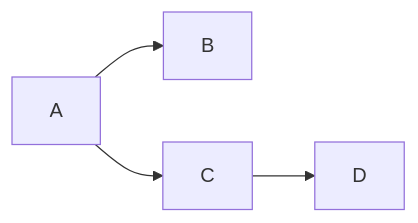
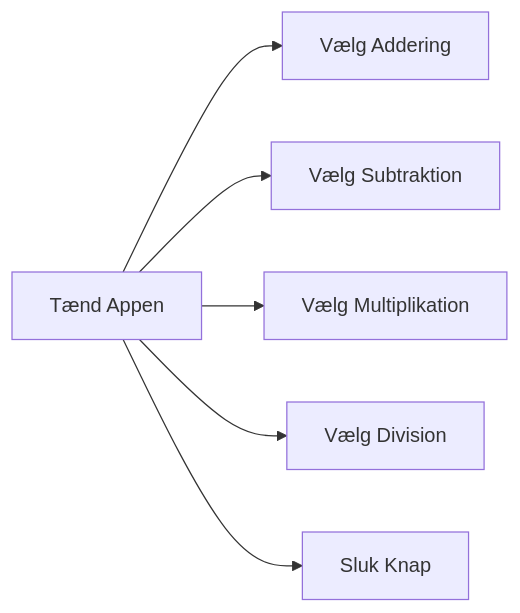
Before and after one commit to julian33/Programmering-Opgaver: the diagram in Lærings App/readme.md, drawn with Mermaid.

````diff
--- a/Lærings App/readme.md
+++ b/Lærings App/readme.md
@@ -6,7 +6,13 @@
 ```mermaid
 graph LR;
-    A --> B;
-    A --> C;
-    C --> D;
+    A[Tænd Appen] --> B[Vælg Addering];
+    A --> C[Vælg Subtraktion];
+    A --> D[Vælg Multiplikation];
+    A --> E[Vælg Division];
+
+    A --> F[Sluk Knap];
+
+
+
 
 ```
````
